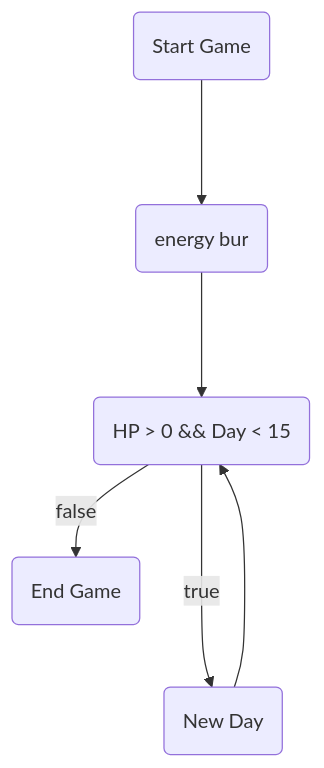
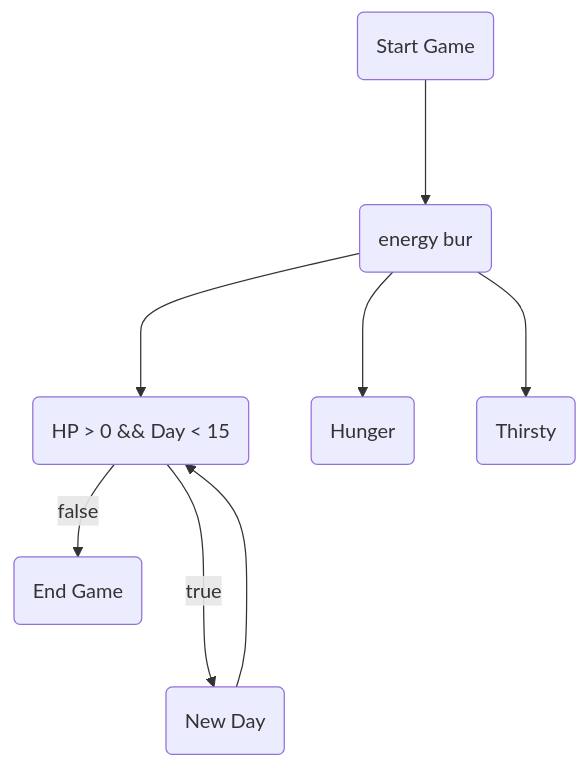
The diagram in need me.md (SSProgamer/C-Project), drawn with Mermaid before and after one commit.

Commit message:
Update need me.md

````diff
--- a/need me.md
+++ b/need me.md
@@ -35,6 +35,8 @@
 ```mermaid
 flowchart TD
 start(Start Game) ---> stack(energy bur) --->hp
+stack(energy bur) --->Hunger(Hunger)
+stack(energy bur) --->Thirsty(Thirsty)
 hp(HP > 0 && Day < 15) --true--> day(New Day) ---> hp
 hp --false--> e(End Game)
 ```
````
